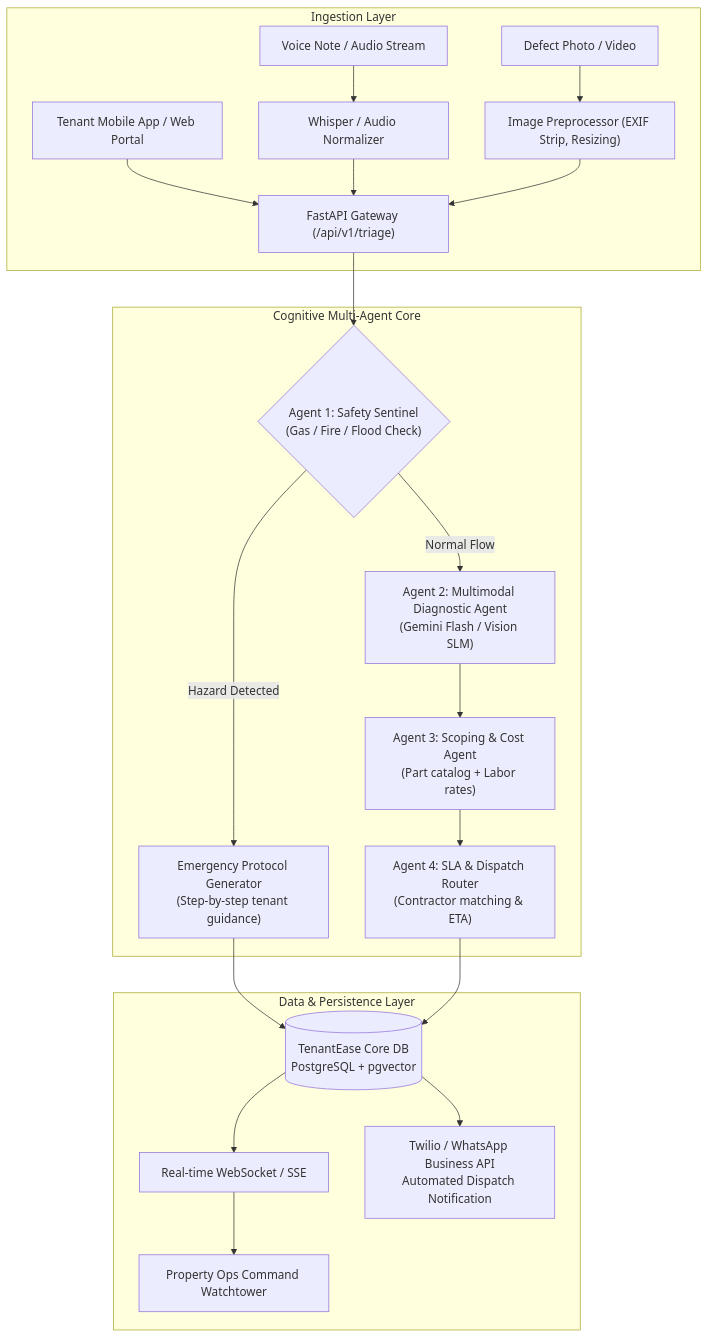
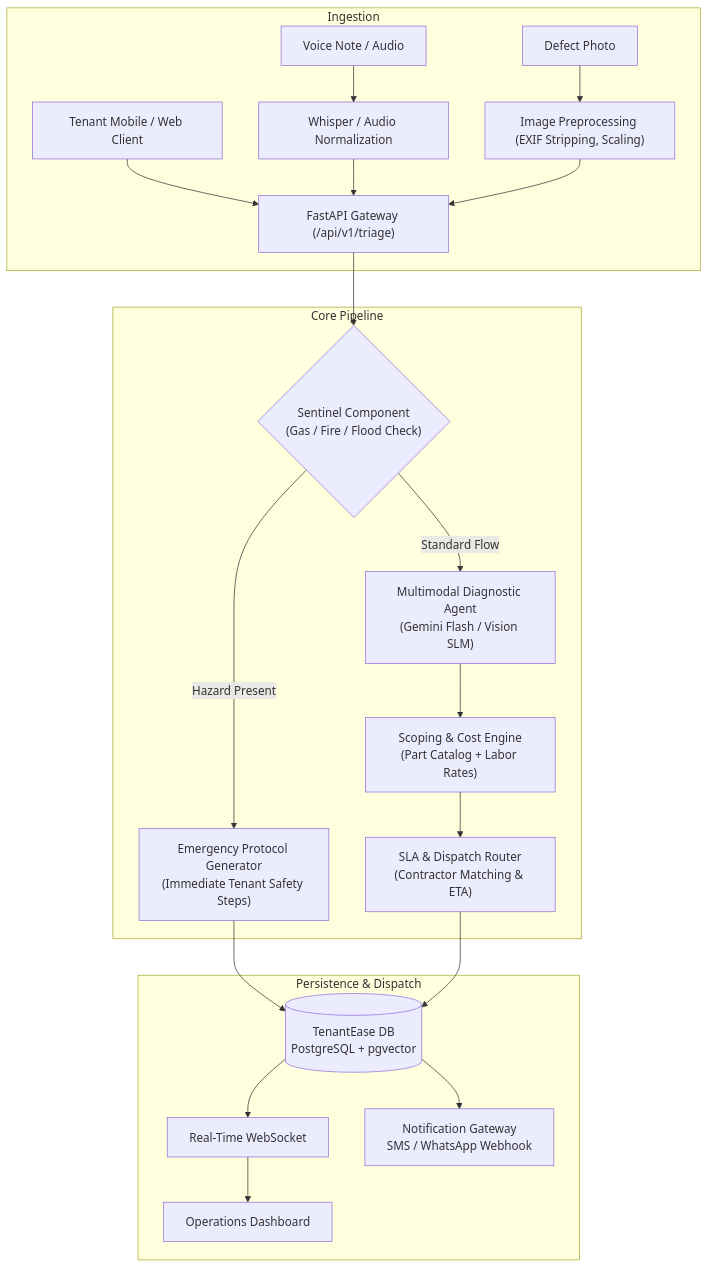
Before and after one commit to prime3436/cynbit-ai-cognicare: the first of 2 diagrams in reports/TECHNICAL_APPROACH_REPORT.md, drawn with Mermaid. The commit also changed other lines of this file and 12 other files, not shown here.

Commit message:
Refactor: Cleaned code architecture, removed extraneous comments, and streamlined reports

````diff
--- a/reports/TECHNICAL_APPROACH_REPORT.md
+++ b/reports/TECHNICAL_APPROACH_REPORT.md
@@ -14,26 +10,26 @@
 ```mermaid
 flowchart TD
-    subgraph Ingestion Layer
-        T1["Tenant Mobile App / Web Portal"] --> API["FastAPI Gateway (/api/v1/triage)"]
-        T2["Voice Note / Audio Stream"] --> STT["Whisper / Audio Normalizer"] --> API
-        T3["Defect Photo / Video"] --> VP["Image Preprocessor (EXIF Strip, Resizing)"] --> API
+    subgraph Ingestion
+        T1["Tenant Mobile / Web Client"] --> API["FastAPI Gateway (/api/v1/triage)"]
+        T2["Voice Note / Audio"] --> STT["Whisper / Audio Normalization"] --> API
+        T3["Defect Photo"] --> VP["Image Preprocessing (EXIF Stripping, Scaling)"] --> API
     end
 
-    subgraph Cognitive Multi-Agent Core
-        API --> S1{"Agent 1: Safety Sentinel<br/>(Gas / Fire / Flood Check)"}
+    subgraph Core Pipeline
+        API --> S1{"Sentinel Component<br/>(Gas / Fire / Flood Check)"}
         
-        S1 -->|"Hazard Detected"| EMG["Emergency Protocol Generator<br/>(Step-by-step tenant guidance)"]
-        S1 -->|"Normal Flow"| S2["Agent 2: Multimodal Diagnostic Agent<br/>(Gemini Flash / Vision SLM)"]
+        S1 -->|"Hazard Present"| EMG["Emergency Protocol Generator<br/>(Immediate Tenant Safety Steps)"]
+        S1 -->|"Standard Flow"| S2["Multimodal Diagnostic Agent<br/>(Gemini Flash / Vision SLM)"]
         
-        S2 --> S3["Agent 3: Scoping & Cost Agent<br/>(Part catalog + Labor rates)"]
-        S3 --> S4["Agent 4: SLA & Dispatch Router<br/>(Contractor matching & ETA)"]
+        S2 --> S3["Scoping & Cost Engine<br/>(Part Catalog + Labor Rates)"]
+        S3 --> S4["SLA & Dispatch Router<br/>(Contractor Matching & ETA)"]
     end
 
-    subgraph Data & Persistence Layer
-        EMG --> DB[("TenantEase Core DB<br/>PostgreSQL + pgvector")]
+    subgraph Persistence & Dispatch
+        EMG --> DB[("TenantEase DB<br/>PostgreSQL + pgvector")]
         S4 --> DB
-        DB --> WS["Real-time WebSocket / SSE"]
-        WS --> UI["Property Ops Command Watchtower"]
-        DB --> NOTIF["Twilio / WhatsApp Business API<br/>Automated Dispatch Notification"]
+        DB --> WS["Real-Time WebSocket"]
+        WS --> UI["Operations Dashboard"]
+        DB --> NOTIF["Notification Gateway<br/>SMS / WhatsApp Webhook"]
     end
 ```
````
